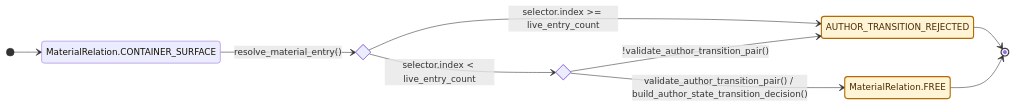
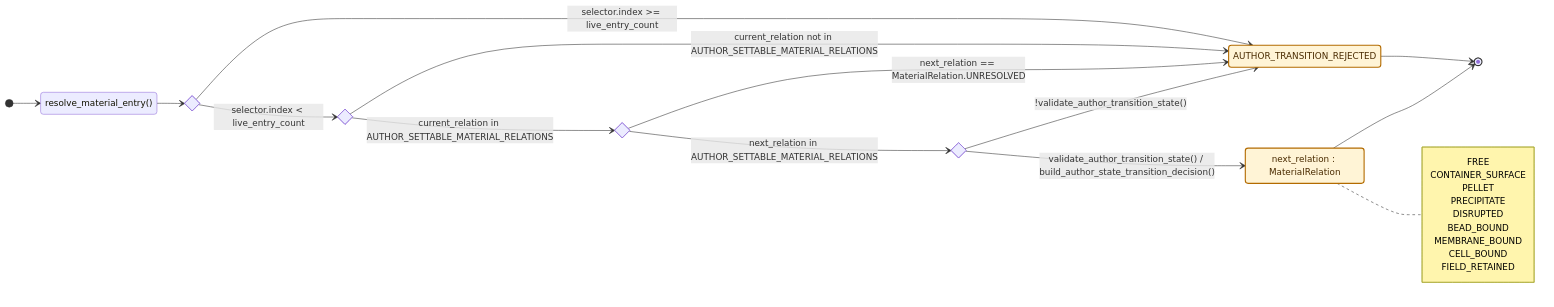
One commit to culsma/culsma changed the fourth of 7 diagrams in docs/architecture/scientific_model_module_diagrams.md. Above: the diagram before and after it, drawn with Mermaid. The commit also changed other lines of this file and 12 other files, not shown here.

Commit message:
fix(material): generalize author state transitions

````diff
--- a/docs/architecture/scientific_model_module_diagrams.md
+++ b/docs/architecture/scientific_model_module_diagrams.md
@@ -226,22 +242,40 @@
 ```mermaid
 stateDiagram-v2
     direction LR
 
-    state "MaterialRelation.CONTAINER_SURFACE" as ContainerSurface
-    state "MaterialRelation.FREE" as Free
+    state "resolve_material_entry()" as ResolveCurrentRelation
+    state "next_relation : MaterialRelation" as NextRelation
     state "AUTHOR_TRANSITION_REJECTED" as Rejected
     state IndexInRange <<choice>>
-    state AllowedPair <<choice>>
+    state CurrentEnumDefined <<choice>>
+    state TargetEnumDefined <<choice>>
+    state TargetShapeValid <<choice>>
 
-    [*] --> ContainerSurface
-    ContainerSurface --> IndexInRange : resolve_material_entry()
+    [*] --> ResolveCurrentRelation
+    ResolveCurrentRelation --> IndexInRange
     IndexInRange --> Rejected : selector.index >= live_entry_count
-    IndexInRange --> AllowedPair : selector.index < live_entry_count
-    AllowedPair --> Rejected : !validate_author_transition_pair()
-    AllowedPair --> Free : validate_author_transition_pair() / build_author_state_transition_decision()
-    Free --> [*]
+    IndexInRange --> CurrentEnumDefined : selector.index < live_entry_count
+    CurrentEnumDefined --> Rejected : current_relation not in AUTHOR_SETTABLE_MATERIAL_RELATIONS
+    CurrentEnumDefined --> TargetEnumDefined : current_relation in AUTHOR_SETTABLE_MATERIAL_RELATIONS
+    TargetEnumDefined --> Rejected : next_relation == MaterialRelation.UNRESOLVED
+    TargetEnumDefined --> TargetShapeValid : next_relation in AUTHOR_SETTABLE_MATERIAL_RELATIONS
+    TargetShapeValid --> Rejected : !validate_author_transition_state()
+    TargetShapeValid --> NextRelation : validate_author_transition_state() / build_author_state_transition_decision()
+    NextRelation --> [*]
     Rejected --> [*]
 
+    note right of NextRelation
+        FREE
+        CONTAINER_SURFACE
+        PELLET
+        PRECIPITATE
+        DISRUPTED
+        BEAD_BOUND
+        MEMBRANE_BOUND
+        CELL_BOUND
+        FIELD_RETAINED
+    end note
+
     classDef pm99 fill:#fff4d6,stroke:#b36b00,stroke-width:2px,color:#4a2b00
-    class Free,Rejected pm99
+    class NextRelation,Rejected pm99
 ```
````
